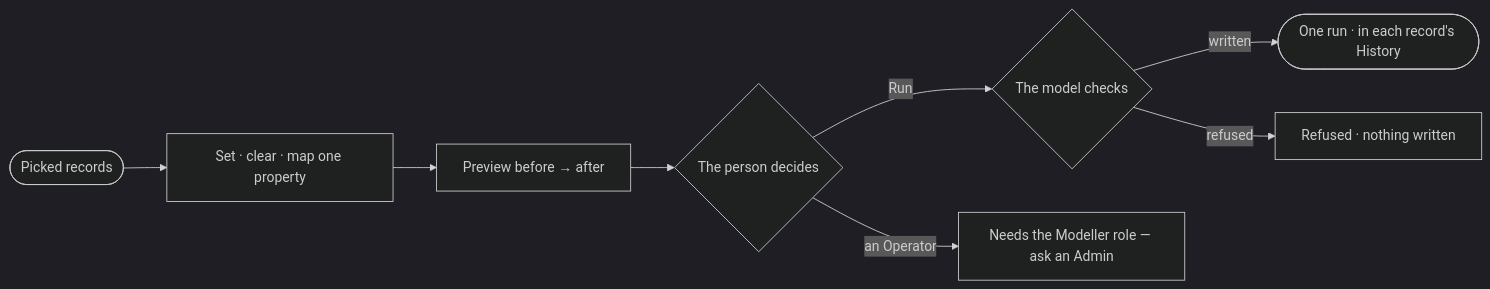
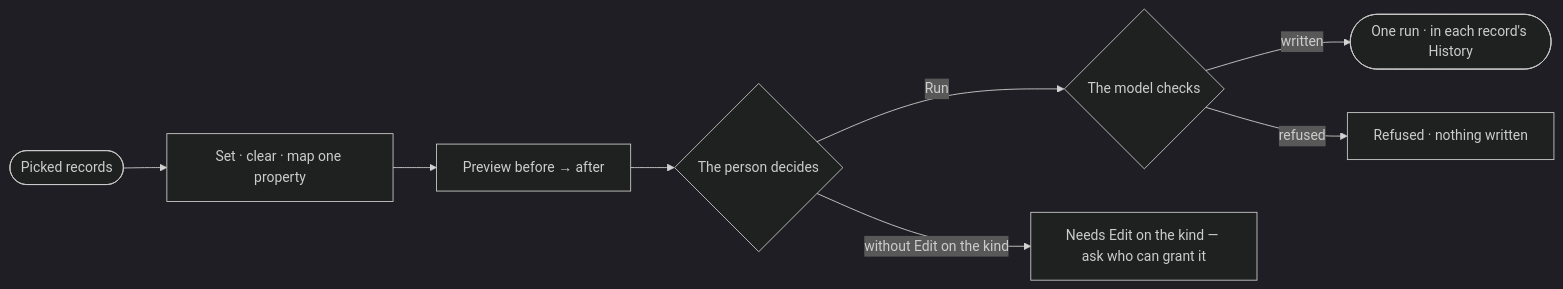
One commit to invana/invana changed the diagram in specs/capabilities/records/features/RC-F04-bulk-fixes/stories/RC-03-fix-many-records-at-once/story.md. Above: the diagram before and after it, drawn with Mermaid (dark theme). The commit also changed other lines of this file and 236 other files, not shown here.

First line of the commit message:
docs(specs): grant by permission, not role, across access and records

````diff
--- a/specs/capabilities/records/features/RC-F04-bulk-fixes/stories/RC-03-fix-many-records-at-once/story.md
+++ b/specs/capabilities/records/features/RC-F04-bulk-fixes/stories/RC-03-fix-many-records-at-once/story.md
@@ -27,9 +27,9 @@
 ```mermaid
 flowchart LR
   a([Picked records]) --> c[Set · clear · map one property] --> p[Preview before → after]
   p --> d{The person decides}
   d -->|Run| r{The model checks}
   r -->|written| ok([One run · in each record's History])
   r -->|refused| no[Refused · nothing written]
-  d -->|an Operator| x["Needs the Modeller role — ask an Admin"]
+  d -->|without Edit on the kind| x["Needs Edit on the kind — ask who can grant it"]
 ```
````
